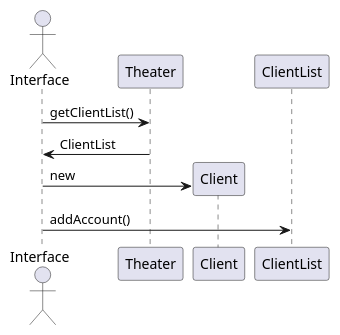
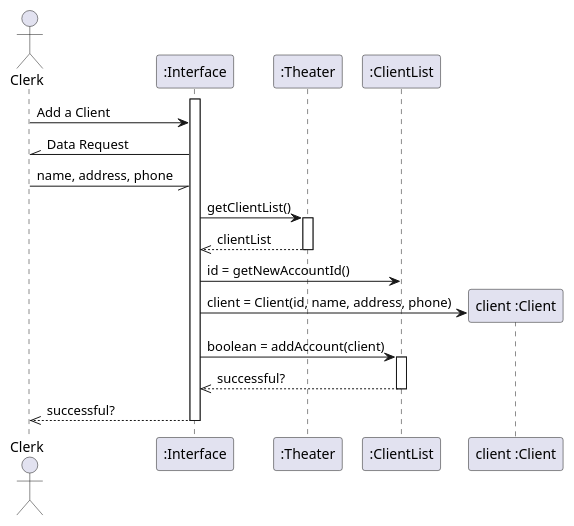
Before and after one commit to FreezeWarp/372Groupwork: the diagram in src/SequenceDiagrams/AddClient.puml, drawn with PlantUML. The commit also changed 3 other files, not shown here.

Commit message:
Add and update sequence diagrams for client, state functionality

```diff
--- a/src/SequenceDiagrams/AddClient.puml
+++ b/src/SequenceDiagrams/AddClient.puml
@@ -1,12 +1,23 @@
 @startuml
 
-actor Interface
-participant Theater
+actor Clerk
 
-Interface -> Theater : getClientList()
-Theater -> Interface: ClientList
-create Client
-Interface -> Client: new
-Interface -> ClientList : addAccount()
+activate ":Interface"
+Clerk -> ":Interface" : Add a Client
+Clerk //- ":Interface": Data Request
+Clerk -// ":Interface": name, address, phone
 
+":Interface" -> ":Theater" : getClientList()
+activate ":Theater"
+":Theater" -->> ":Interface": clientList
+deactivate ":Theater"
+":Interface" -> ":ClientList": id = getNewAccountId()
+create "client :Client"
+":Interface" -> "client :Client": client = Client(id, name, address, phone)
+":Interface" -> ":ClientList" : boolean = addAccount(client)
+activate ":ClientList"
+":ClientList" -->> ":Interface" : successful?
+deactivate ":ClientList"
+":Interface" -->> Clerk : successful?
+deactivate ":Interface"
 @enduml
```
